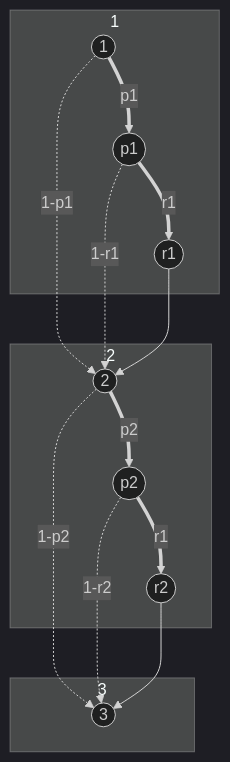
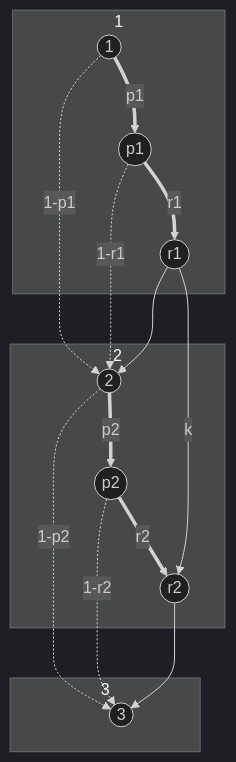
One commit to bfeitknecht/vault changed the fourth of 6 diagrams in vault/sem2/AuW/UE/cx/bf/cx07-bf.md. Above: the diagram before and after it, drawn with Mermaid (dark theme).

Commit message:
vault backup: 2024-05-07 16:10:33 from MacBook Pro (echo)
Affected files:
vault/sem2/AuW/UE/cx/bf/cx07-bf.md

````diff
--- a/vault/sem2/AuW/UE/cx/bf/cx07-bf.md
+++ b/vault/sem2/AuW/UE/cx/bf/cx07-bf.md
@@ -148,37 +148,38 @@
 ```mermaid
 flowchart TD
 
 subgraph 3
 id7((3))
 end
 
 
 subgraph 2
 id4((2))
 id5((p2))
 id6((r2))
 
 id4==>|"p2"|id5
 id4-.->|"1-p2"|id7
-id5==>|"r1"|id6
+id5==>|"r2"|id6
 id5-.->|"1-r2"|id7
 id6-->|" "|id7
 end
 
 
 subgraph 1
 id1((1))
 id2((p1))
 id3((r1))
 
 
 id1==>|"p1"|id2
 id1-.->|"1-p1"|id4
 id2==>|"r1"|id3
 id2-.->|"1-r1"|id4
 id3-->|" "|id4
+id3-->|"k"|id6
 end
 
 
 
 ```
````
